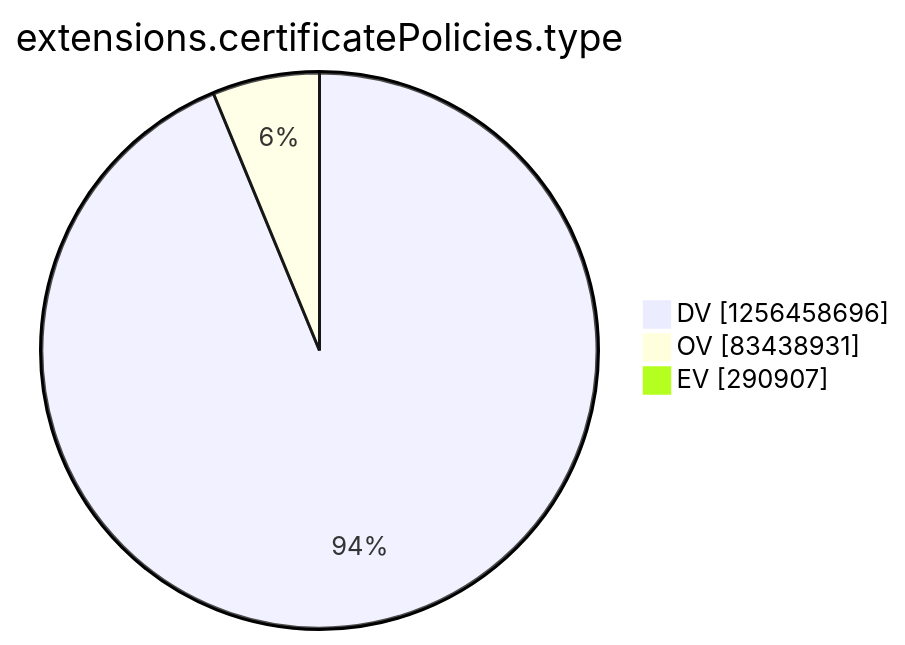
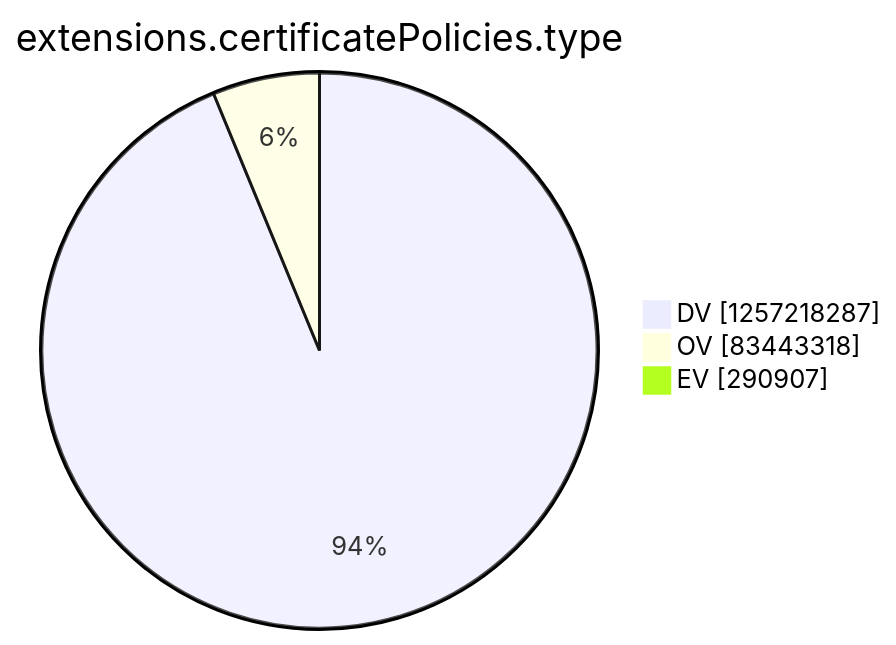
One commit to christiankrug/ctmonitor_visualization changed the tenth of 15 diagrams in argon2022/README.md. Above: the diagram before and after it, drawn with Mermaid. The commit also changed other lines of this file, not shown here.

````diff
--- a/argon2022/README.md
+++ b/argon2022/README.md
@@ -2771,7 +2771,7 @@
 ```mermaid
 pie showData
 title extensions.certificatePolicies.type
-"DV" :1256458696
-"OV" :83438931
+"DV" :1257218287
+"OV" :83443318
 "EV" :290907
 ```
````
